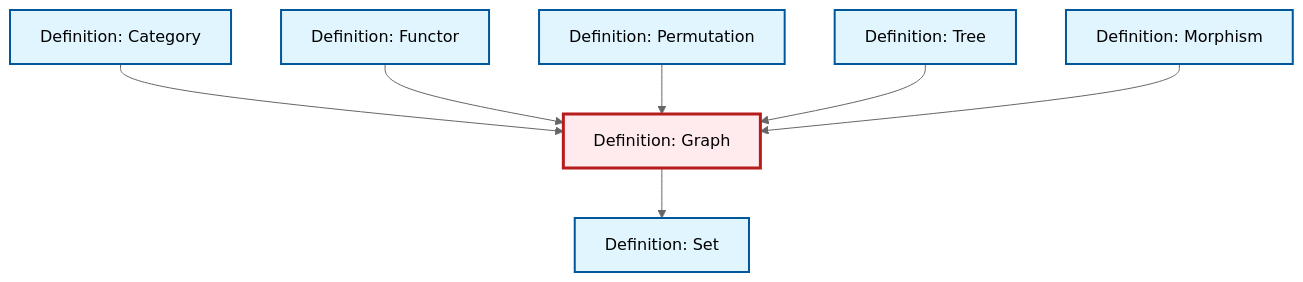
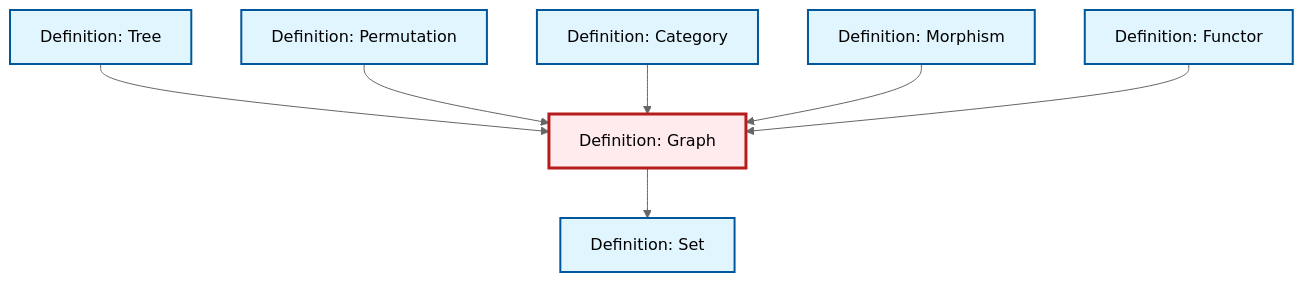
One commit to RK0429/ModernMath changed the diagram in content/ja/combinatorics/def-graph.qmd. Above: the diagram before and after it, drawn with Mermaid (neutral theme). The commit also changed other lines of this file and 531 other files, not shown here.

````diff
--- a/content/ja/combinatorics/def-graph.qmd
+++ b/content/ja/combinatorics/def-graph.qmd
@@ -91,29 +91,29 @@
 ```{mermaid}
 %%| fig-cap: "Local dependency graph"
 graph TD
     classDef definition fill:#e1f5fe,stroke:#01579b,stroke-width:2px
     classDef theorem fill:#f3e5f5,stroke:#4a148c,stroke-width:2px
     classDef axiom fill:#fff3e0,stroke:#e65100,stroke-width:2px
     classDef example fill:#e8f5e9,stroke:#1b5e20,stroke-width:2px
     classDef current fill:#ffebee,stroke:#b71c1c,stroke-width:3px
-    def-tree["Definition: Tree"]:::definition
     def-set["Definition: Set"]:::definition
     def-morphism["Definition: Morphism"]:::definition
+    def-permutation["Definition: Permutation"]:::definition
+    def-functor["Definition: Functor"]:::definition
+    def-tree["Definition: Tree"]:::definition
     def-category["Definition: Category"]:::definition
     def-graph["Definition: Graph"]:::definition
-    def-functor["Definition: Functor"]:::definition
-    def-permutation["Definition: Permutation"]:::definition
     def-graph --> def-set
+    def-tree --> def-graph
+    def-permutation --> def-graph
     def-category --> def-graph
+    def-morphism --> def-graph
     def-functor --> def-graph
-    def-permutation --> def-graph
-    def-tree --> def-graph
-    def-morphism --> def-graph
     class def-graph current
-    click def-tree "def-tree.html" "Definition: Treeへ"
     click def-set "def-set.html" "Definition: Setへ"
     click def-morphism "def-morphism.html" "Definition: Morphismへ"
+    click def-permutation "def-permutation.html" "Definition: Permutationへ"
+    click def-functor "def-functor.html" "Definition: Functorへ"
+    click def-tree "def-tree.html" "Definition: Treeへ"
     click def-category "def-category.html" "Definition: Categoryへ"
-    click def-functor "def-functor.html" "Definition: Functorへ"
-    click def-permutation "def-permutation.html" "Definition: Permutationへ"
 ```
````
